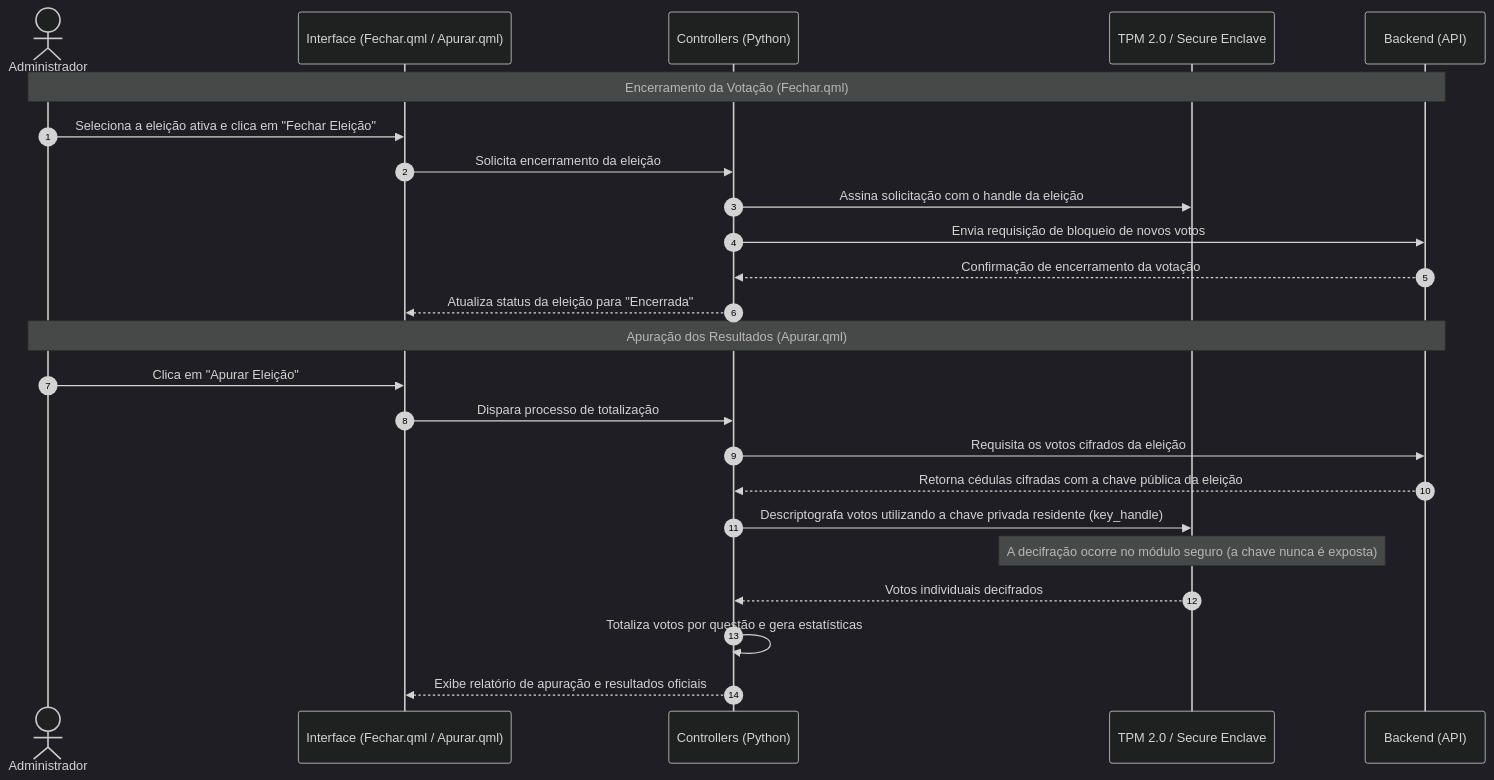
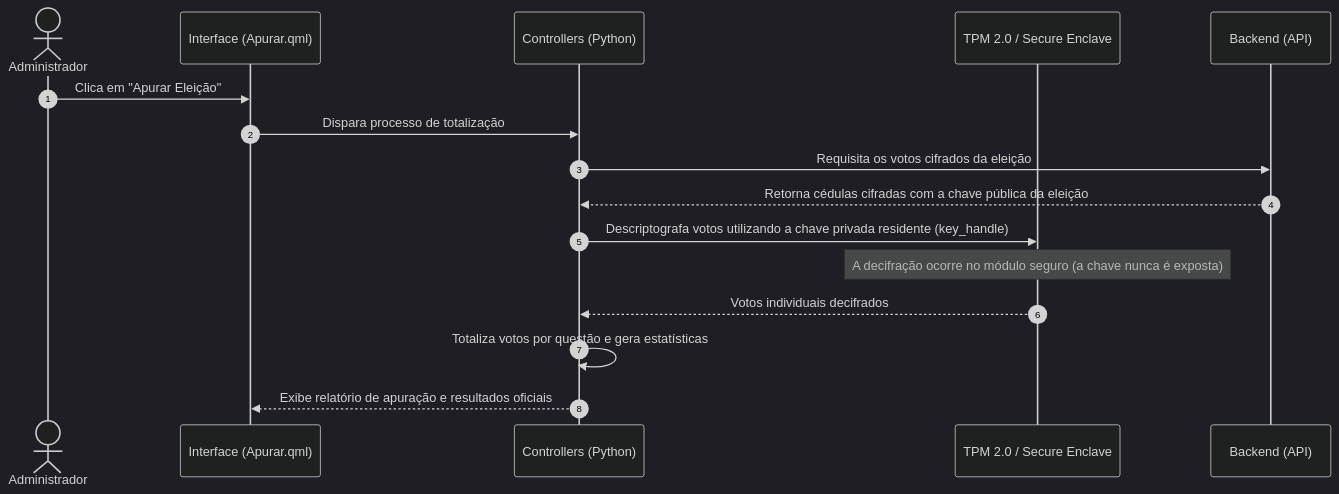
Before and after one commit to laribrito/votaai-desktop: the eighth of 9 diagrams in README.md, drawn with Mermaid (dark theme). The commit also changed other lines of this file, not shown here.

````diff
--- a/README.md
+++ b/README.md
@@ -296,28 +349,19 @@
 ```mermaid
 sequenceDiagram
     autonumber
     actor Admin as Administrador
-    participant UI as Interface (Fechar.qml / Apurar.qml)
+    participant UI as Interface (Apurar.qml)
     participant Ctrl as Controllers (Python)
     participant TPM as TPM 2.0 / Secure Enclave
     participant API as Backend (API)
 
-    Note over Admin,API: Encerramento da Votação (Fechar.qml)
-    Admin->>UI: Seleciona a eleição ativa e clica em "Fechar Eleição"
-    UI->>Ctrl: Solicita encerramento da eleição
-    Ctrl->>TPM: Assina solicitação com o handle da eleição
-    Ctrl->>API: Envia requisição de bloqueio de novos votos
-    API-->>Ctrl: Confirmação de encerramento da votação
-    Ctrl-->>UI: Atualiza status da eleição para "Encerrada"
-
-    Note over Admin,API: Apuração dos Resultados (Apurar.qml)
     Admin->>UI: Clica em "Apurar Eleição"
     UI->>Ctrl: Dispara processo de totalização
     Ctrl->>API: Requisita os votos cifrados da eleição
     API-->>Ctrl: Retorna cédulas cifradas com a chave pública da eleição
     Ctrl->>TPM: Descriptografa votos utilizando a chave privada residente (key_handle)
     Note over TPM: A decifração ocorre no módulo seguro (a chave nunca é exposta)
     TPM-->>Ctrl: Votos individuais decifrados
     Ctrl->>Ctrl: Totaliza votos por questão e gera estatísticas
     Ctrl-->>UI: Exibe relatório de apuração e resultados oficiais
 ```
````
